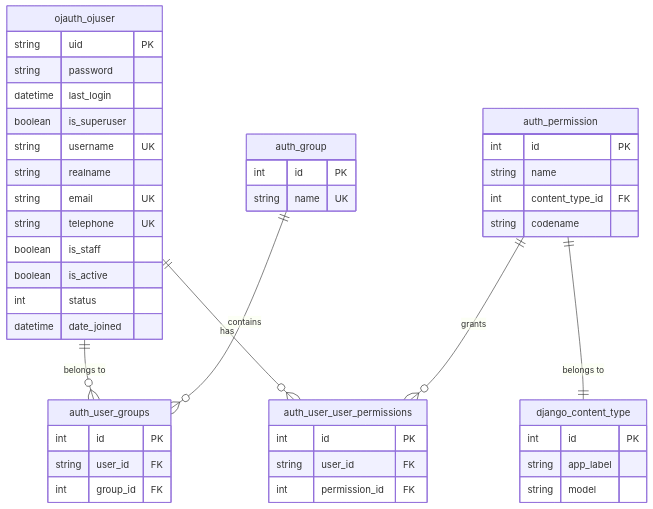
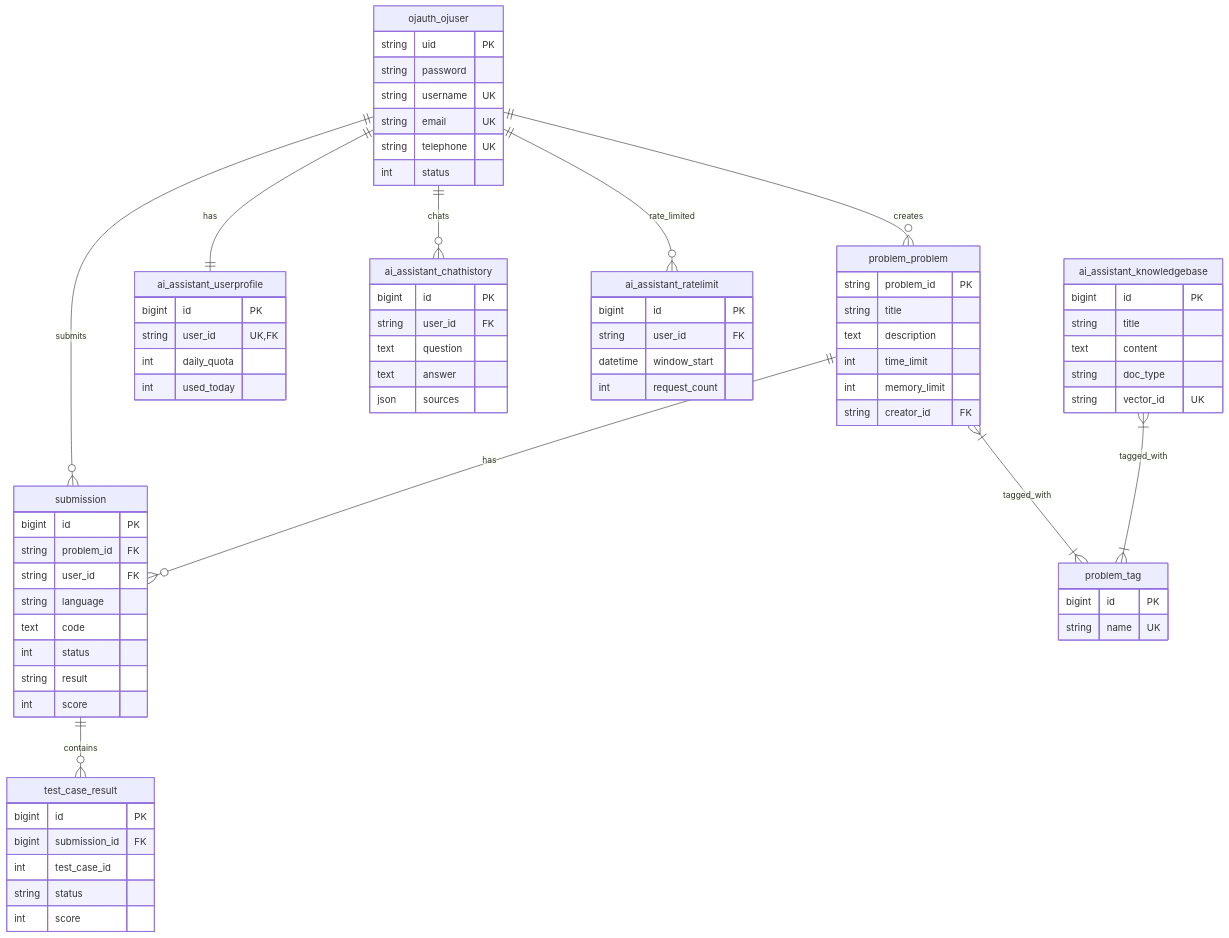
One commit to hhdhhy/ZJOJ-backend changed the diagram in docs/DATABASE_DESIGN.md. Above: the diagram before and after it, drawn with Mermaid. The commit also changed other lines of this file and 1 other file, not shown here.

````diff
--- a/docs/DATABASE_DESIGN.md
+++ b/docs/DATABASE_DESIGN.md
@@ -164,53 +572,87 @@
 ```mermaid
 erDiagram
-    ojauth_ojuser ||--o{ auth_user_groups : "belongs to"
-    ojauth_ojuser ||--o{ auth_user_user_permissions : "has"
-    auth_group ||--o{ auth_user_groups : "contains"
-    auth_permission ||--o{ auth_user_user_permissions : "grants"
-    auth_permission ||--|| django_content_type : "belongs to"
+    ojauth_ojuser ||--o{ problem_problem : "creates"
+    ojauth_ojuser ||--o{ submission : "submits"
+    ojauth_ojuser ||--|| ai_assistant_userprofile : "has"
+    ojauth_ojuser ||--o{ ai_assistant_chathistory : "chats"
+    ojauth_ojuser ||--o{ ai_assistant_ratelimit : "rate_limited"
+    
+    problem_problem ||--o{ submission : "has"
+    problem_problem }|--|{ problem_tag : "tagged_with"
+    
+    submission ||--o{ test_case_result : "contains"
+    
+    ai_assistant_knowledgebase }|--|{ problem_tag : "tagged_with"
     
     ojauth_ojuser {
         string uid PK
         string password
-        datetime last_login
-        boolean is_superuser
         string username UK
-        string realname
         string email UK
         string telephone UK
-        boolean is_staff
-        boolean is_active
         int status
-        datetime date_joined
     }
     
-    auth_group {
-        int id PK
+    problem_problem {
+        string problem_id PK
+        string title
+        text description
+        int time_limit
+        int memory_limit
+        string creator_id FK
+    }
+    
+    problem_tag {
+        bigint id PK
         string name UK
     }
     
-    auth_permission {
-        int id PK
-        string name
-        int content_type_id FK
-        string codename
+    submission {
+        bigint id PK
+        string problem_id FK
+        string user_id FK
+        string language
+        text code
+        int status
+        string result
+        int score
     }
     
-    auth_user_groups {
-        int id PK
-        string user_id FK
-        int group_id FK
+    test_case_result {
+        bigint id PK
+        bigint submission_id FK
+        int test_case_id
+        string status
+        int score
     }
     
-    auth_user_user_permissions {
-        int id PK
-        string user_id FK
-        int permission_id FK
+    ai_assistant_knowledgebase {
+        bigint id PK
+        string title
+        text content
+        string doc_type
+        string vector_id UK
     }
     
-    django_content_type {
-        int id PK
-        string app_label
-        string model
+    ai_assistant_userprofile {
+        bigint id PK
+        string user_id UK,FK
+        int daily_quota
+        int used_today
+    }
+    
+    ai_assistant_chathistory {
+        bigint id PK
+        string user_id FK
+        text question
+        text answer
+        json sources
+    }
+    
+    ai_assistant_ratelimit {
+        bigint id PK
+        string user_id FK
+        datetime window_start
+        int request_count
     }
 ```
````
